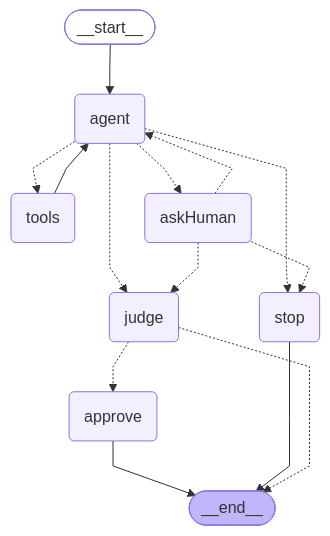
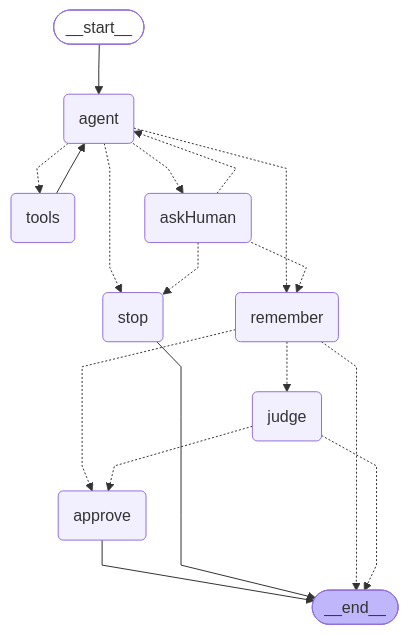
The diagram in docs/graphs/agent.md (mwmw7/airforce-agentic-ai), drawn with Mermaid before and after one commit. The commit also changed other lines of this file and 8 other files, not shown here.

````diff
--- a/docs/graphs/agent.md
+++ b/docs/graphs/agent.md
@@ -3,29 +3,33 @@
 ```mermaid
 %%{init: {'flowchart': {'curve': 'linear'}}}%%
 graph TD;
 	__start__([<p>__start__</p>]):::first
 	agent(agent)
 	tools(tools)
 	askHuman(askHuman)
+	remember(remember)
 	judge(judge)
 	approve(approve)
 	stop(stop)
 	__end__([<p>__end__</p>]):::last
 	__start__ --> agent;
 	approve --> __end__;
 	stop --> __end__;
 	tools --> agent;
 	agent -.-> tools;
-	agent -.-> judge;
+	agent -.-> remember;
 	agent -.-> stop;
 	agent -.-> askHuman;
 	askHuman -.-> agent;
-	askHuman -.-> judge;
+	askHuman -.-> remember;
 	askHuman -.-> stop;
+	remember -.-> judge;
+	remember -.-> approve;
+	remember -.-> __end__;
 	judge -.-> approve;
 	judge -.-> __end__;
 	classDef default fill:#f2f0ff,line-height:1.2;
 	classDef first fill-opacity:0;
 	classDef last fill:#bfb6fc;
 
 ```
````
